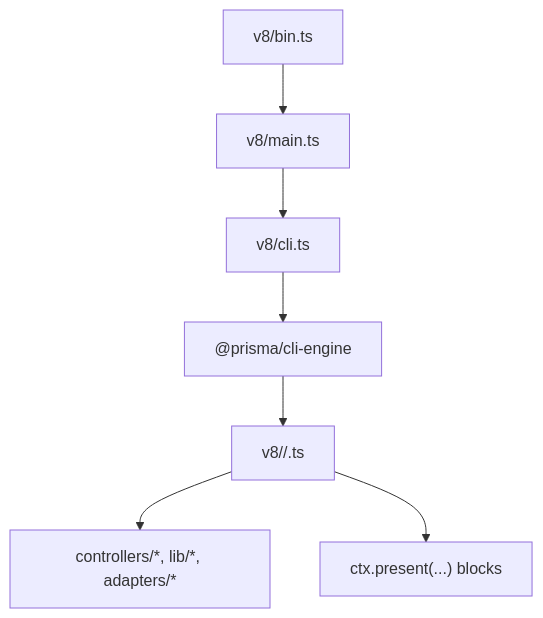
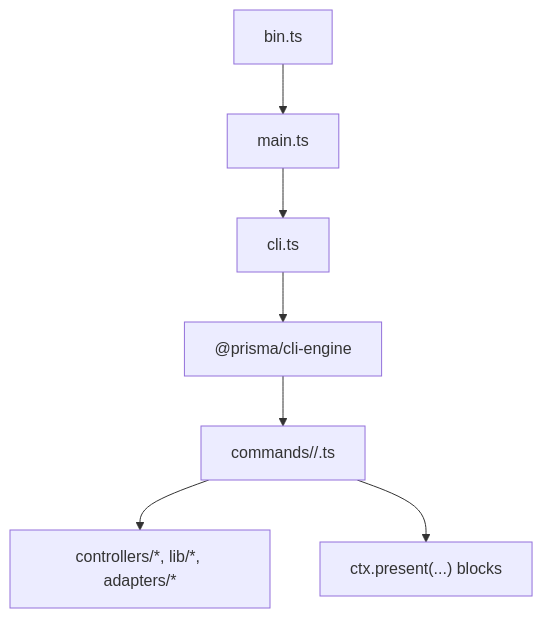
One commit to prisma/prisma-cli changed the diagram in docs/architecture/overview.md. Above: the diagram before and after it, drawn with Mermaid. The commit also changed other lines of this file and 243 other files, not shown here.

````diff
--- a/docs/architecture/overview.md
+++ b/docs/architecture/overview.md
@@ -12,9 +12,9 @@
 ```mermaid
 flowchart TD
-  Bin["v8/bin.ts"] --> Main["v8/main.ts"]
-  Main --> Cli["v8/cli.ts"]
+  Bin["bin.ts"] --> Main["main.ts"]
+  Main --> Cli["cli.ts"]
   Cli --> Engine["@prisma/cli-engine"]
-  Engine --> Handlers["v8/<group>/<command>.ts"]
+  Engine --> Handlers["commands/<group>/<command>.ts"]
   Handlers --> Operations["controllers/*, lib/*, adapters/*"]
   Handlers --> Presentations["ctx.present(...) blocks"]
 ```
````
